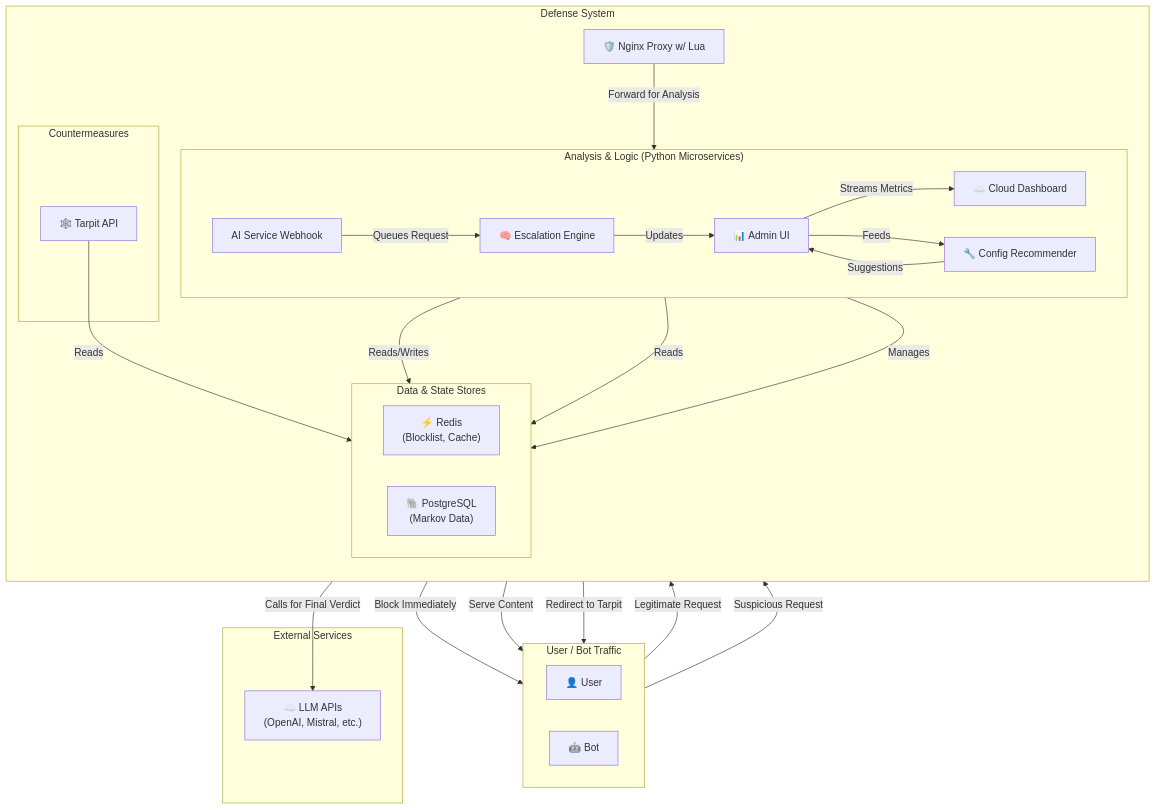
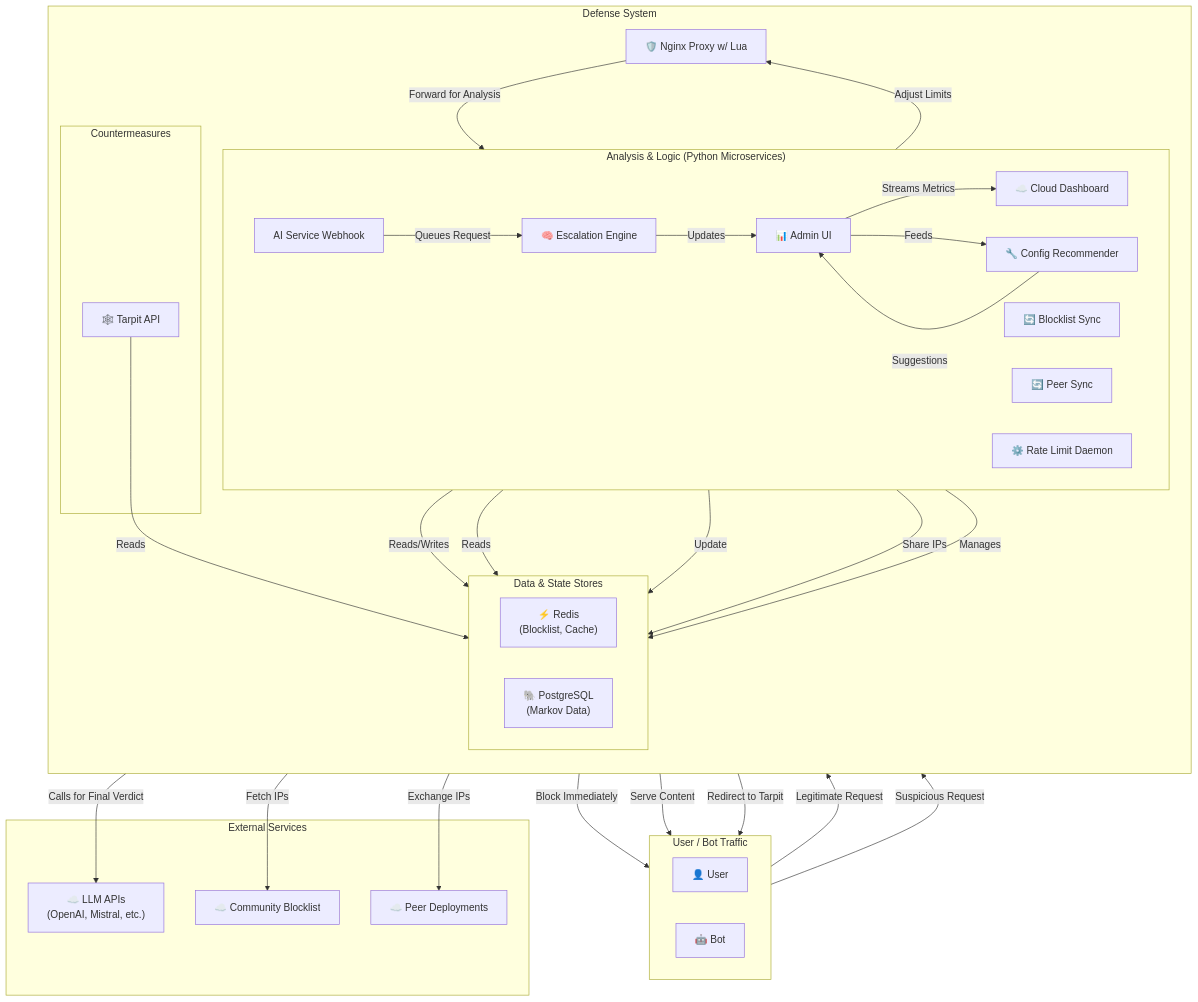
One commit to rhamenator/ai-scraping-defense changed the first of 3 diagrams in docs/architecture.md. Above: the diagram before and after it, drawn with Mermaid. The commit also changed other lines of this file, not shown here.

Commit message:
docs: update architecture diagrams

````diff
--- a/docs/architecture.md
+++ b/docs/architecture.md
@@ -31,57 +37,67 @@
 ```mermaid
 graph TD
     subgraph "User / Bot Traffic"
         direction LR
         User["👤 User"]
         Bot["🤖 Bot"]
     end
 
     subgraph "Defense System"
         direction TB
         Nginx["🛡️ Nginx Proxy w/ Lua"]
         
         subgraph "Analysis & Logic (Python Microservices)"
             direction LR
             AIService["AI Service Webhook"]
             EscalationEngine["🧠 Escalation Engine"]
             AdminUI["📊 Admin UI"]
             CloudDashboard["☁️ Cloud Dashboard"]
             ConfigRecommender["🔧 Config Recommender"]
+            BlocklistSync["🔄 Blocklist Sync"]
+            PeerSync["🔄 Peer Sync"]
+            RateLimitDaemon["⚙️ Rate Limit Daemon"]
         end
 
         subgraph "Countermeasures"
             TarpitAPI["🕸️ Tarpit API"]
         end
 
         subgraph "Data & State Stores"
             direction LR
             Redis["⚡ Redis\n(Blocklist, Cache)"]
             Postgres["🐘 PostgreSQL\n(Markov Data)"]
         end
     end
     
     subgraph "External Services"
         LLM["☁️ LLM APIs\n(OpenAI, Mistral, etc.)"]
+        CommunityBlocklist["☁️ Community Blocklist"]
+        PeerDeployments["☁️ Peer Deployments"]
     end
 
     User -- "Legitimate Request" --> Nginx
     Bot -- "Suspicious Request" --> Nginx
 
     Nginx -- "Block Immediately" --> Bot
     Nginx -- "Forward for Analysis" --> AIService
     Nginx -- "Serve Content" --> User
     Nginx -- "Redirect to Tarpit" --> Bot
 
     AIService -- "Queues Request" --> EscalationEngine
     EscalationEngine -- "Reads/Writes" --> Redis
     EscalationEngine -- "Reads" --> Postgres
     EscalationEngine -- "Calls for Final Verdict" --> LLM
     EscalationEngine -- "Updates" --> AdminUI
     AdminUI -- "Streams Metrics" --> CloudDashboard
     AdminUI -- "Feeds" --> ConfigRecommender
     ConfigRecommender -- "Suggestions" --> AdminUI
+    BlocklistSync -- "Update" --> Redis
+    PeerSync -- "Share IPs" --> Redis
+    RateLimitDaemon -- "Adjust Limits" --> Nginx
+    BlocklistSync -- "Fetch IPs" --> CommunityBlocklist
+    PeerSync -- "Exchange IPs" --> PeerDeployments
 
     AdminUI -- "Manages" --> Redis
 
     TarpitAPI -- "Reads" --> Postgres
 ```
````
